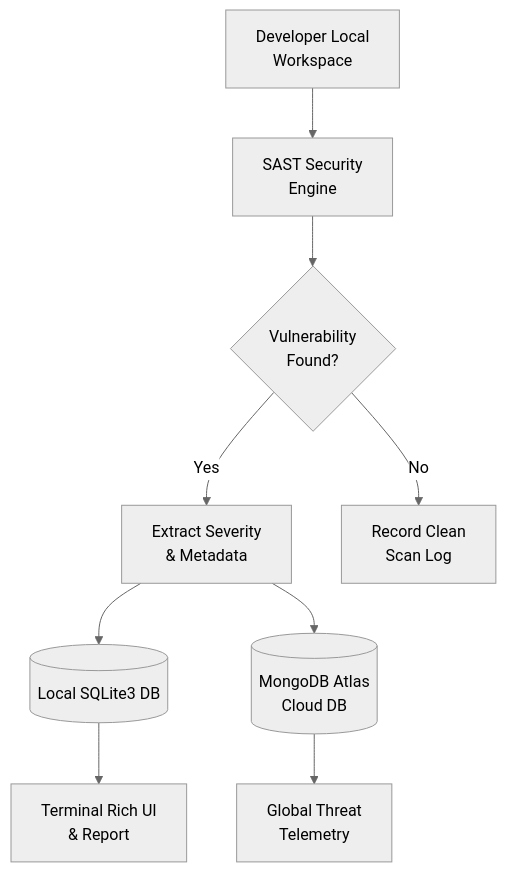
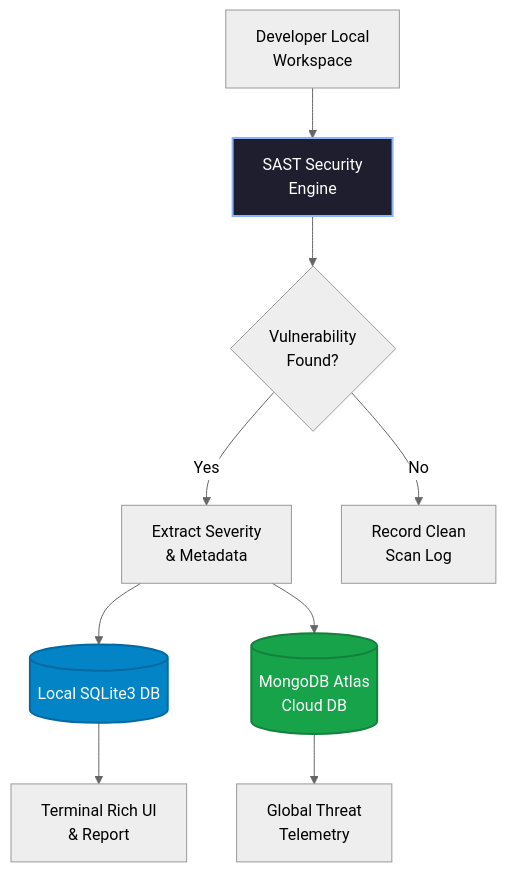
One commit to rajeshgurindapalli15-crypto/sast-security-analyzer changed the diagram in README.md. Above: the diagram before and after it, drawn with Mermaid (neutral theme).

````diff
--- a/README.md
+++ b/README.md
@@ -15,14 +15,19 @@
 ```mermaid
 graph TD
     A["Developer Local<br>Workspace"] --> B["SAST Security<br>Engine"]
     B --> C{"Vulnerability<br>Found?"}
     
     C -->|Yes| D["Extract Severity<br>& Metadata"]
     C -->|No| E["Record Clean<br>Scan Log"]
     
     D --> F[("Local SQLite3 DB")]
     D --> G[("MongoDB Atlas<br>Cloud DB")]
     
     F --> H["Terminal Rich UI<br>& Report"]
     G --> I["Global Threat<br>Telemetry"]
+
+    %% Custom Colors & Styling
+    style B fill:#1e1e2e,stroke:#89b4fa,color:#ffffff,stroke-width:2px
+    style F fill:#0284c7,stroke:#0369a1,color:#ffffff,stroke-width:2px
+    style G fill:#16a34a,stroke:#15803d,color:#ffffff,stroke-width:2px
 ```
````
